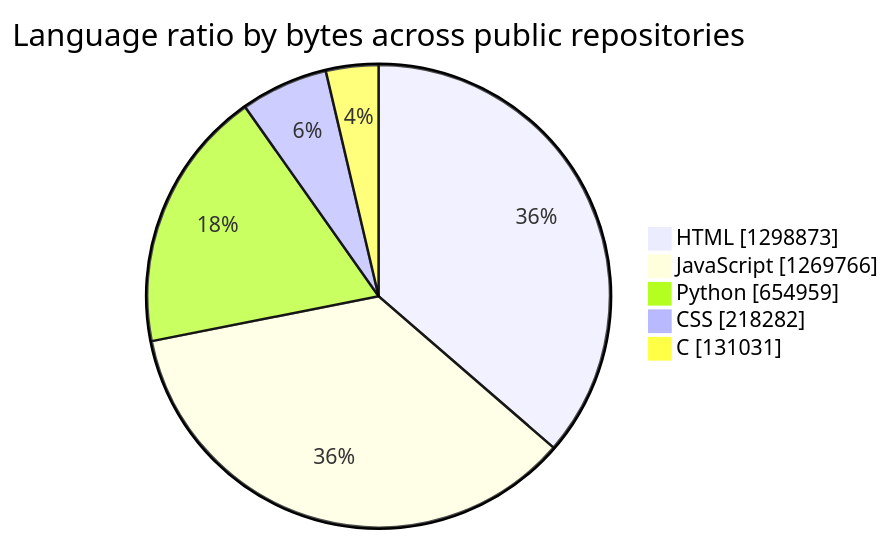
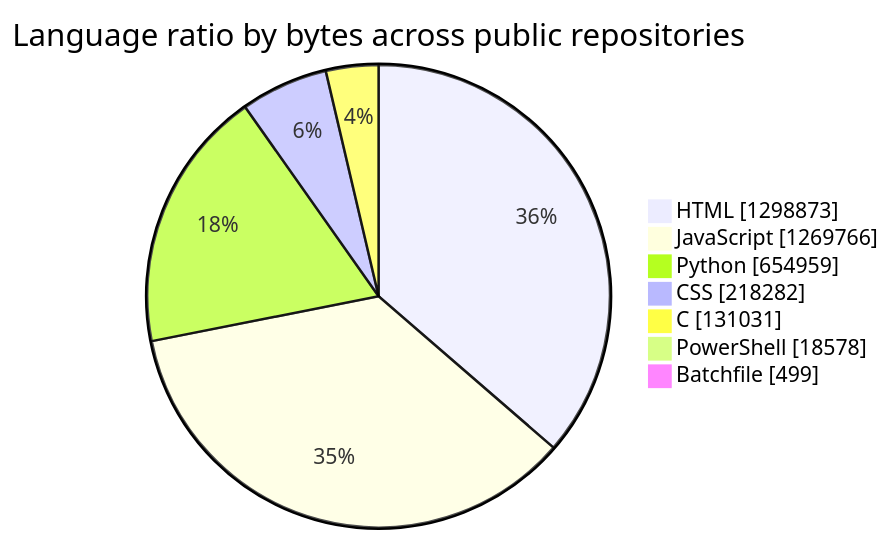
The first of 2 diagrams in README.md (tchinso/tchinso), drawn with Mermaid before and after one commit. The commit also changed other lines of this file, not shown here.

````diff
--- a/README.md
+++ b/README.md
@@ -24,9 +24,11 @@
 ```mermaid
 pie showData
     title Language ratio by bytes across public repositories
     "HTML" : 1298873
     "JavaScript" : 1269766
     "Python" : 654959
     "CSS" : 218282
     "C" : 131031
+    "PowerShell" : 18578
+    "Batchfile" : 499
 ```
````
